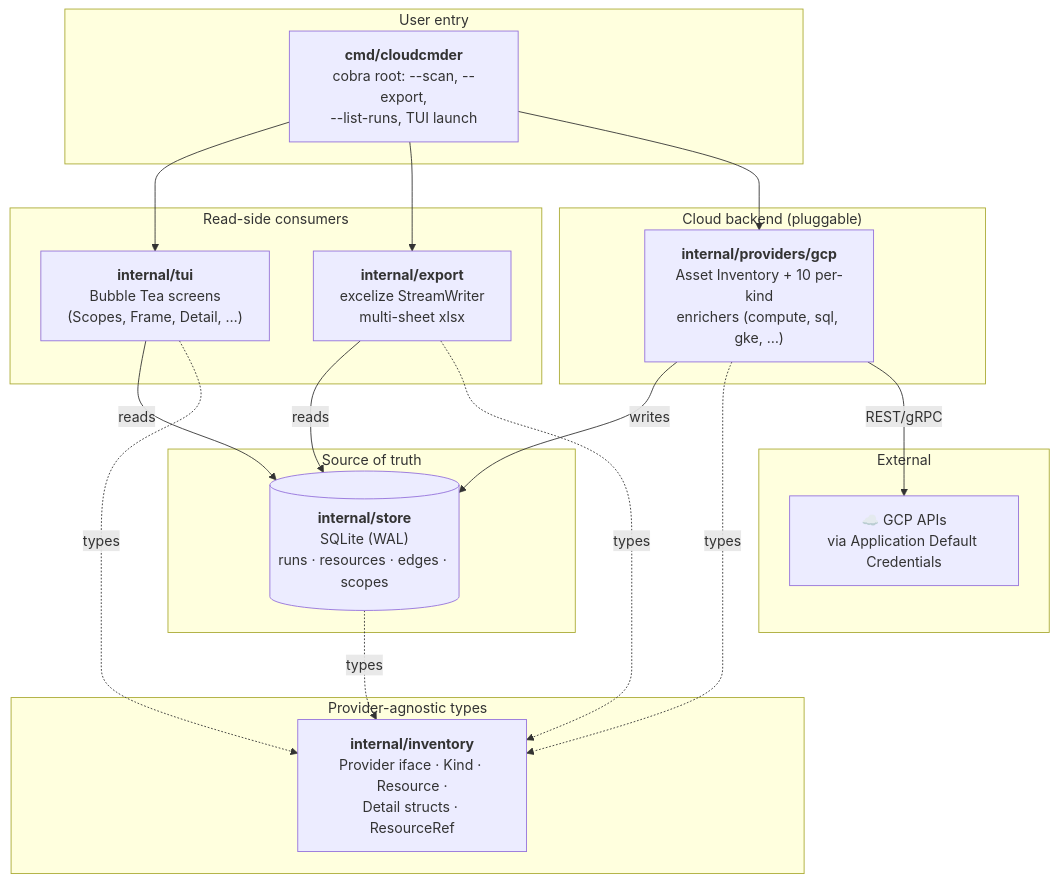
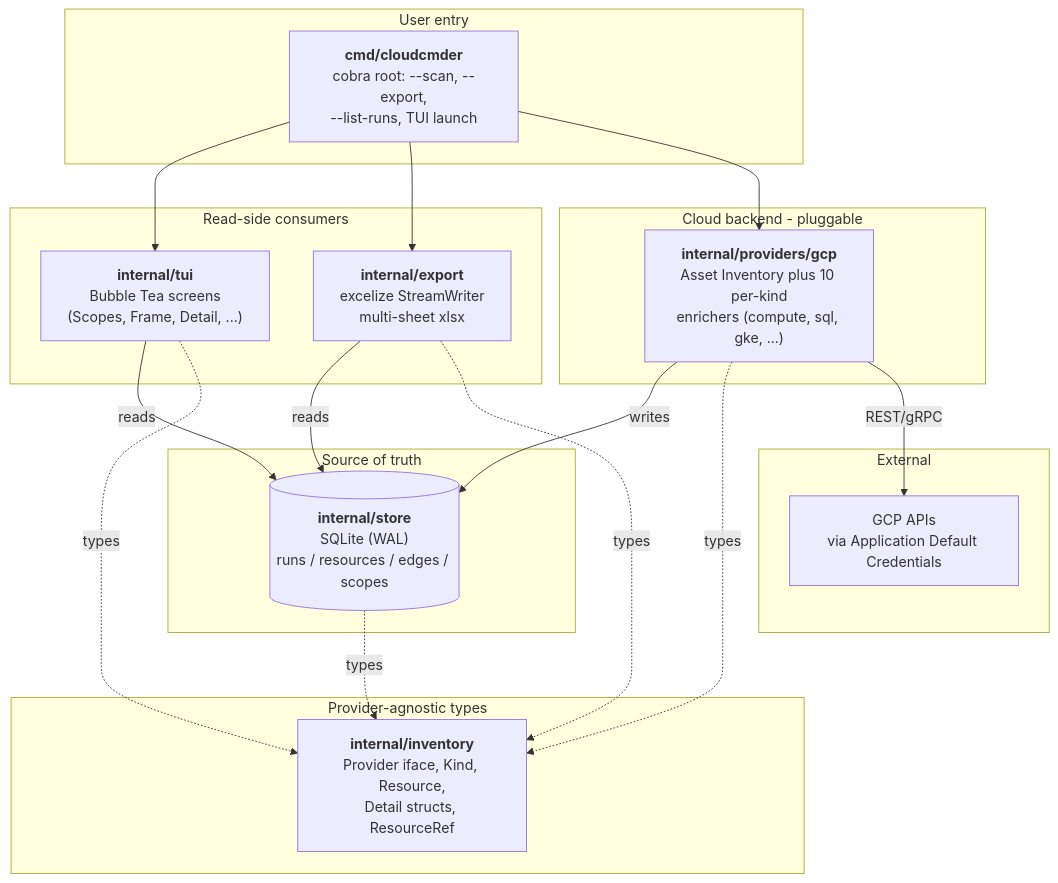
Before and after one commit to kontinuity-io/cloudcmder: the first of 3 diagrams in README.md, drawn with Mermaid. The commit also changed other lines of this file, not shown here.

First line of the commit message:
docs(readme): fix Mermaid parse errors in the three diagrams

````diff
--- a/README.md
+++ b/README.md
@@ -41,39 +41,39 @@
 ```mermaid
 flowchart TB
-    subgraph "User entry"
+    subgraph EntryGroup [User entry]
         CLI["<b>cmd/cloudcmder</b><br/>cobra root: --scan, --export,<br/>--list-runs, TUI launch"]
     end
 
-    subgraph "Read-side consumers"
-        TUI["<b>internal/tui</b><br/>Bubble Tea screens<br/>(Scopes, Frame, Detail, …)"]
+    subgraph ReadGroup [Read-side consumers]
+        TUI["<b>internal/tui</b><br/>Bubble Tea screens<br/>(Scopes, Frame, Detail, ...)"]
         EXP["<b>internal/export</b><br/>excelize StreamWriter<br/>multi-sheet xlsx"]
     end
 
-    subgraph "Source of truth"
-        STORE[("<b>internal/store</b><br/>SQLite (WAL)<br/>runs · resources · edges · scopes")]
+    subgraph StoreGroup [Source of truth]
+        STORE[("<b>internal/store</b><br/>SQLite (WAL)<br/>runs / resources / edges / scopes")]
     end
 
-    subgraph "Provider-agnostic types"
-        INV["<b>internal/inventory</b><br/>Provider iface · Kind · Resource ·<br/>Detail structs · ResourceRef"]
+    subgraph TypesGroup [Provider-agnostic types]
+        INV["<b>internal/inventory</b><br/>Provider iface, Kind, Resource,<br/>Detail structs, ResourceRef"]
     end
 
-    subgraph "Cloud backend (pluggable)"
-        GCP["<b>internal/providers/gcp</b><br/>Asset Inventory + 10 per-kind<br/>enrichers (compute, sql, gke, …)"]
+    subgraph BackendGroup [Cloud backend - pluggable]
+        GCP["<b>internal/providers/gcp</b><br/>Asset Inventory plus 10 per-kind<br/>enrichers (compute, sql, gke, ...)"]
     end
 
-    subgraph "External"
-        GAPI["☁️ GCP APIs<br/>via Application Default Credentials"]
+    subgraph ExternalGroup [External]
+        GAPI["GCP APIs<br/>via Application Default Credentials"]
     end
 
     CLI --> TUI
     CLI --> EXP
     CLI --> GCP
-    TUI -->|"reads"| STORE
-    EXP -->|"reads"| STORE
-    GCP -->|"writes"| STORE
-    STORE -.->|"types"| INV
-    GCP -.->|"types"| INV
-    TUI -.->|"types"| INV
-    EXP -.->|"types"| INV
-    GCP -->|"REST/gRPC"| GAPI
+    TUI -->|reads| STORE
+    EXP -->|reads| STORE
+    GCP -->|writes| STORE
+    STORE -.->|types| INV
+    GCP -.->|types| INV
+    TUI -.->|types| INV
+    EXP -.->|types| INV
+    GCP -->|REST/gRPC| GAPI
 ```
````
